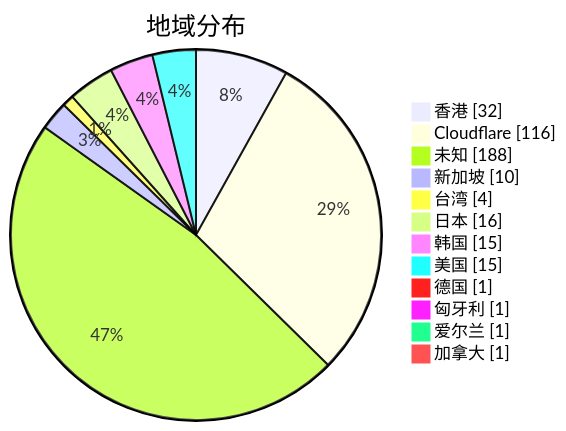
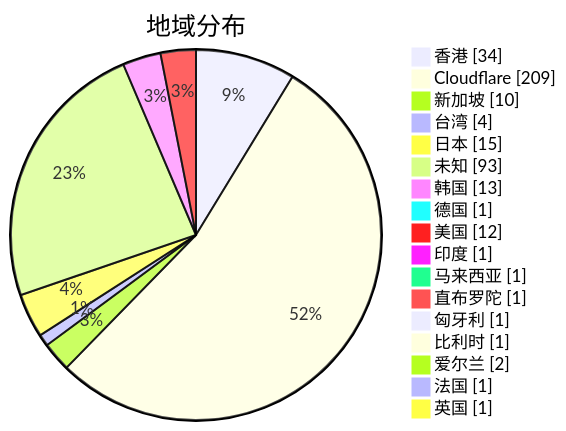
The second of 3 diagrams in subs/statistics/tested_within.md (qjlxg/airport), drawn with Mermaid before and after one commit. The commit also changed other lines of this file and 2 other files, not shown here.

````diff
--- a/subs/statistics/tested_within.md
+++ b/subs/statistics/tested_within.md
@@ -14,16 +13,21 @@
 ```mermaid
 pie showData
 title 地域分布
-"香港" : 32
-"Cloudflare" : 116
-"未知" : 188
+"香港" : 34
+"Cloudflare" : 209
 "新加坡" : 10
 "台湾" : 4
-"日本" : 16
-"韩国" : 15
-"美国" : 15
+"日本" : 15
+"未知" : 93
+"韩国" : 13
 "德国" : 1
+"美国" : 12
+"印度" : 1
+"马来西亚" : 1
+"直布罗陀" : 1
 "匈牙利" : 1
-"爱尔兰" : 1
-"加拿大" : 1
+"比利时" : 1
+"爱尔兰" : 2
+"法国" : 1
+"英国" : 1
 ```
````
